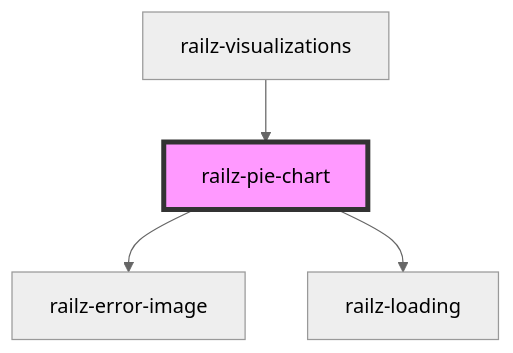
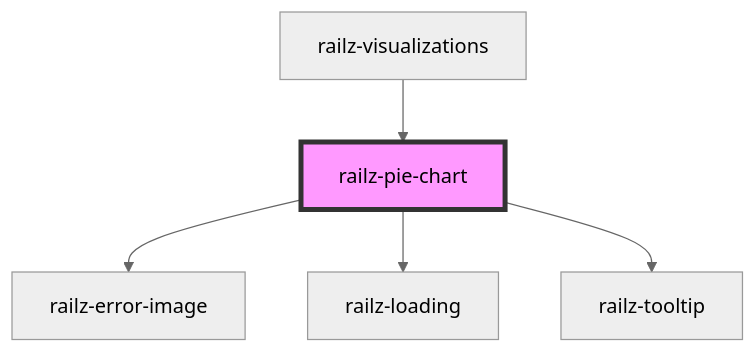
The diagram in packages/components/src/elements/pie-chart/readme.md (railz-ai/railz-visualizations), drawn with Mermaid (neutral theme) before and after one commit. The commit also changed other lines of this file and 7 other files, not shown here.

````diff
--- a/packages/components/src/elements/pie-chart/readme.md
+++ b/packages/components/src/elements/pie-chart/readme.md
@@ -26,7 +27,8 @@
 ```mermaid
 graph TD;
   railz-pie-chart --> railz-error-image
   railz-pie-chart --> railz-loading
+  railz-pie-chart --> railz-tooltip
   railz-visualizations --> railz-pie-chart
   style railz-pie-chart fill:#f9f,stroke:#333,stroke-width:4px
 ```
````
